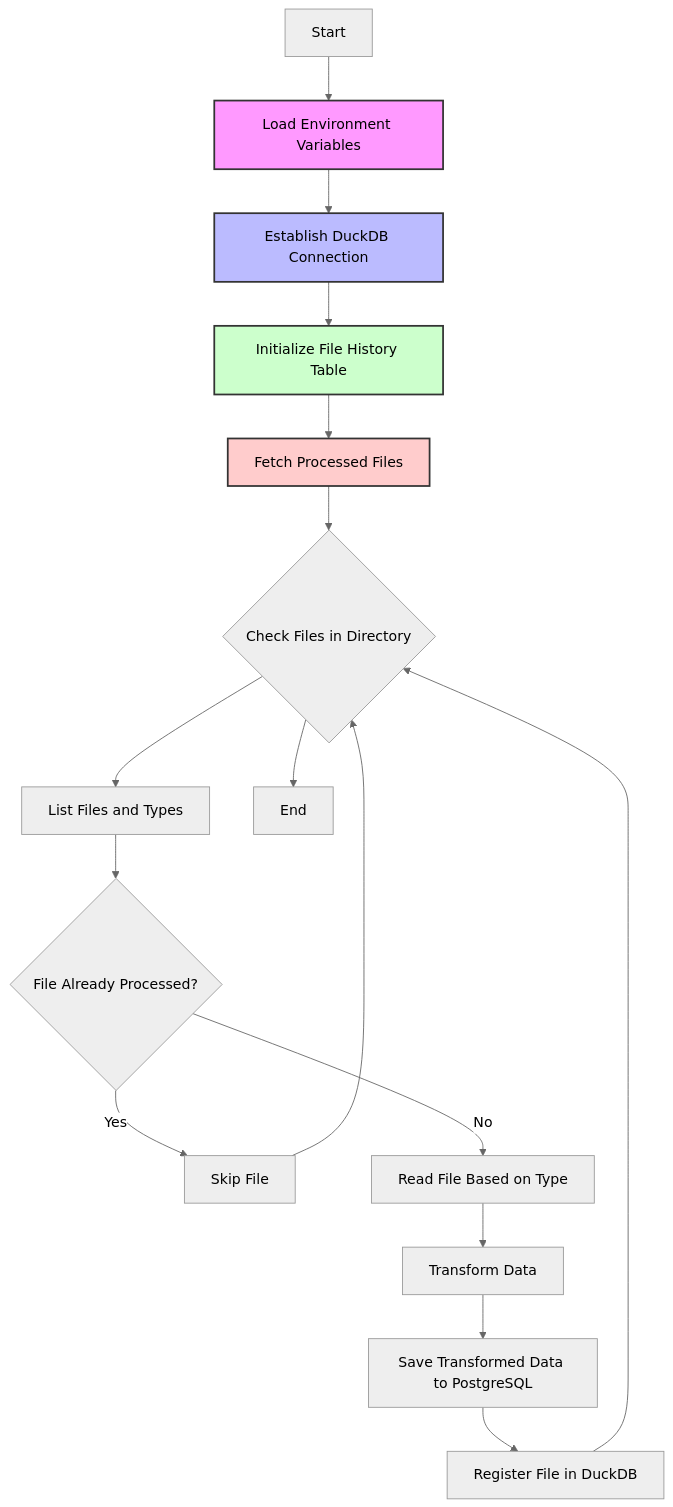
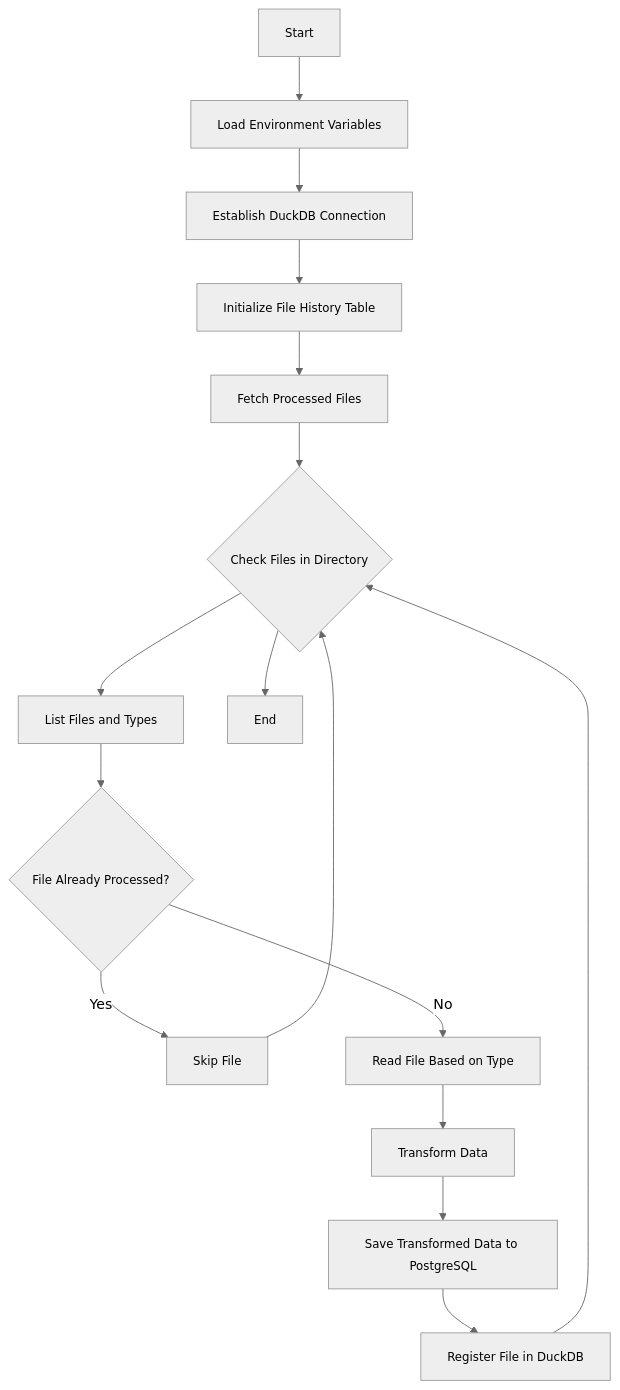
Before and after one commit to DellaCortef/etl-with-duckdb-python: the diagram in README.md, drawn with Mermaid (neutral theme).

Commit message:
using HTML to reduce font-size

````diff
--- a/README.md
+++ b/README.md
@@ -42,22 +42,18 @@
 ```mermaid
 graph TD
-    A[Start] --> B[Load Environment Variables]
-    B --> C[Establish DuckDB Connection]
-    C --> D[Initialize File History Table]
-    D --> E[Fetch Processed Files]
-    E --> F{Check Files in Directory}
-    F --> G[List Files and Types]
-    G --> H{File Already Processed?}
-    H -- Yes --> I[Skip File]
-    H -- No --> J[Read File Based on Type]
-    J --> K[Transform Data]
-    K --> L[Save Transformed Data to PostgreSQL]
-    L --> M[Register File in DuckDB]
+    A[<small>Start</small>] --> B[<small>Load Environment Variables</small>]
+    B --> C[<small>Establish DuckDB Connection</small>]
+    C --> D[<small>Initialize File History Table</small>]
+    D --> E[<small>Fetch Processed Files</small>]
+    E --> F{<small>Check Files in Directory</small>}
+    F --> G[<small>List Files and Types</small>]
+    G --> H{<small>File Already Processed?</small>}
+    H -- Yes --> I[<small>Skip File</small>]
+    H -- No --> J[<small>Read File Based on Type</small>]
+    J --> K[<small>Transform Data</small>]
+    K --> L[<small>Save Transformed Data to PostgreSQL</small>]
+    L --> M[<small>Register File in DuckDB</small>]
     M --> F
     I --> F
-    F --> N[End]
-    style B fill:#f9f,stroke:#333,stroke-width:2px
-    style C fill:#bbf,stroke:#333,stroke-width:2px
-    style D fill:#cfc,stroke:#333,stroke-width:2px
-    style E fill:#fcc,stroke:#333,stroke-width:2px
+    F --> N[<small>End</small>]
 ```
````
